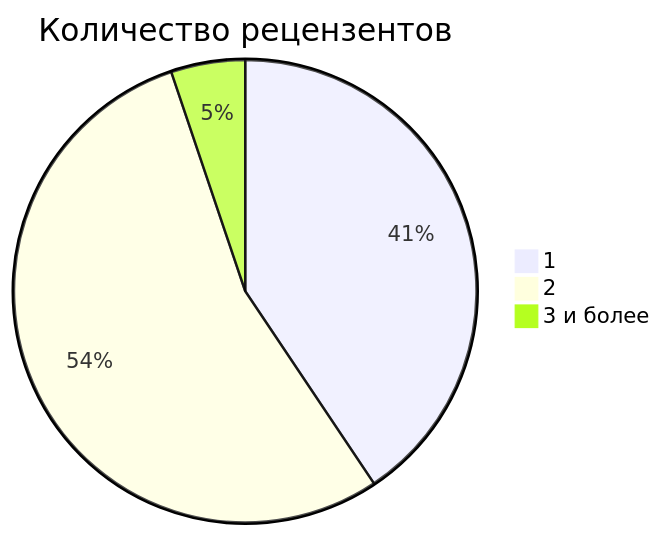
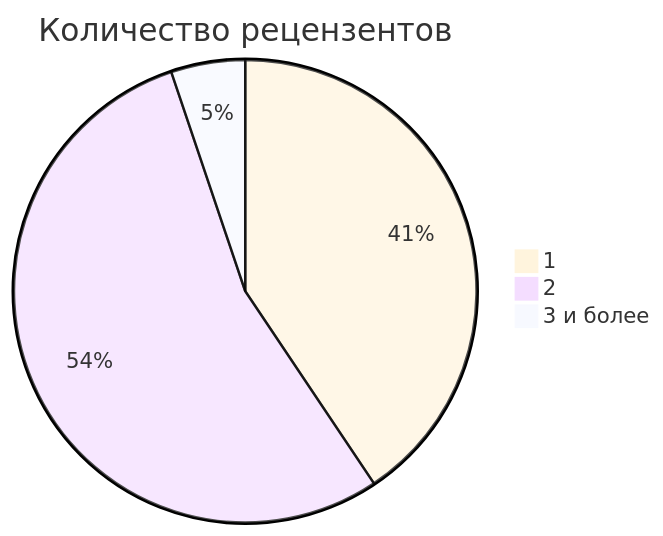
The second of 2 diagrams in readme.md (denisbolshakoff/Automation_of_prereview_of_scientific_manuscripts), drawn with Mermaid before and after one commit.

Commit message:
исправлен readme.md файл

````diff
--- a/readme.md
+++ b/readme.md
@@ -112,6 +112,10 @@
 ```mermaid
+--- 
+config:
+    theme: 'base' 
+---
 pie title Количество рецензентов
     "1" : 40.3
     "2" : 53.8
     "3 и более" : 5.14
 ```
````
